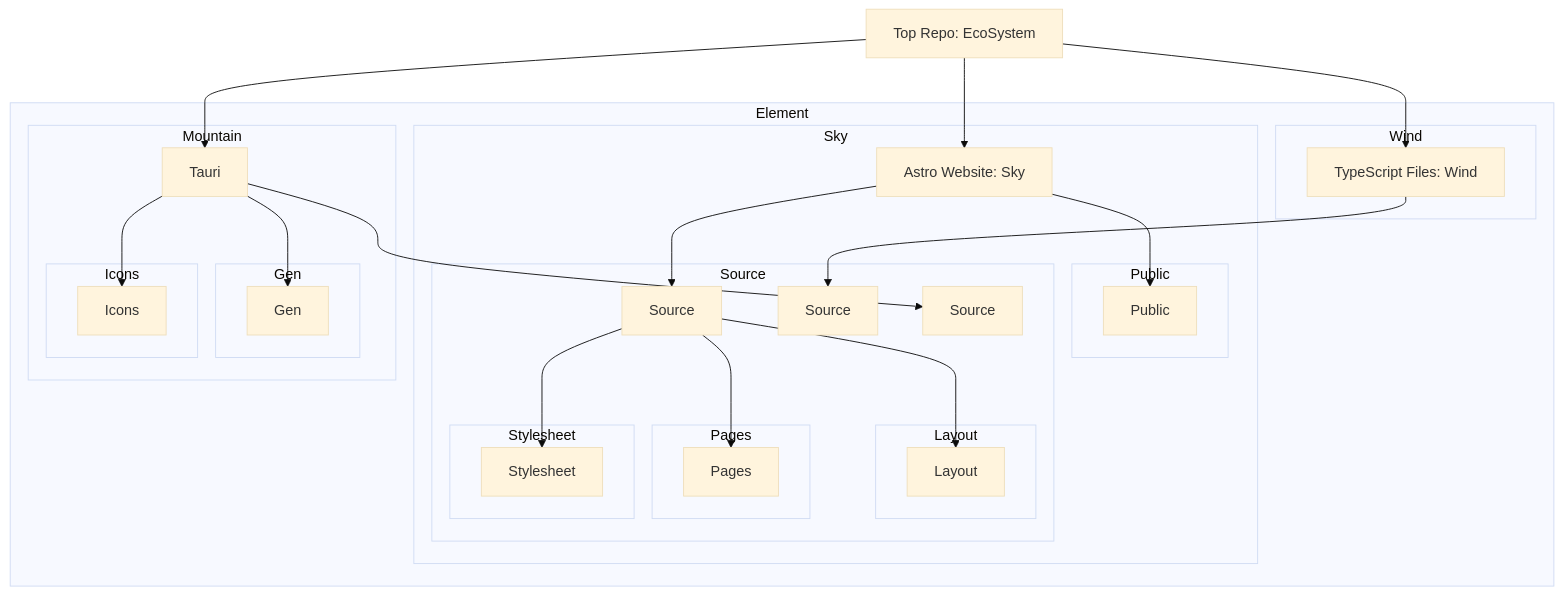
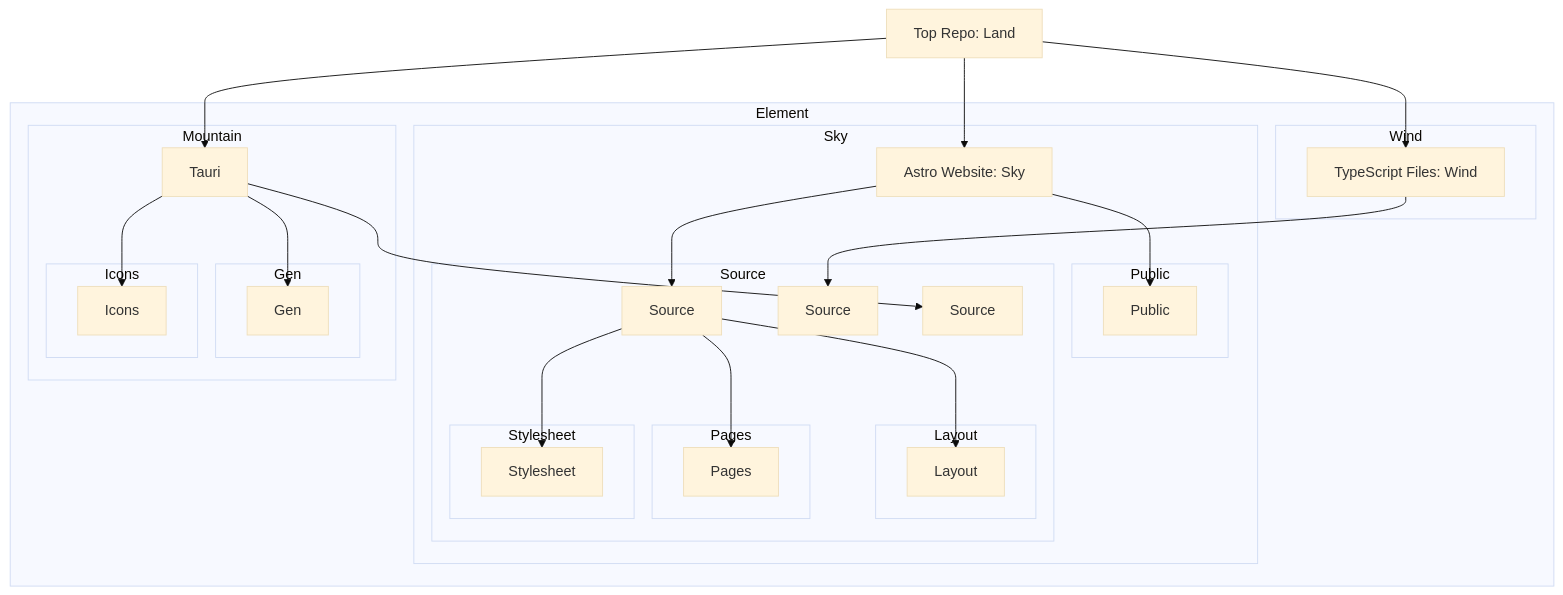
The first of 2 diagrams in Source/pages/Raw/Readme/CodeEditorLand/EcoSystem/README.md (NikolaRHristov/WebSite), drawn with Mermaid (base theme) before and after one commit. The commit also changed other lines of this file and 7 other files, not shown here.

````diff
--- a/Source/pages/Raw/Readme/CodeEditorLand/EcoSystem/README.md
+++ b/Source/pages/Raw/Readme/CodeEditorLand/EcoSystem/README.md
@@ -50,58 +50,58 @@
 ```mermaid
 graph TD
-    A[Top Repo: EcoSystem]
+    A[Top Repo: Land]
 
     subgraph Element
         subgraph Sky
             D[Astro Website: Sky]
             subgraph Public
                 D3[Public]
             end
             subgraph Source
                 D4[Source]
                 subgraph Layout
                     D5[Layout]
                 end
                 subgraph Pages
                     D6[Pages]
                 end
                 subgraph Stylesheet
                     D7[Stylesheet]
                 end
             end
         end
 
         subgraph Wind
             F[TypeScript Files: Wind]
             subgraph Source
                 F3[Source]
             end
         end
 
         subgraph Mountain
             G[Tauri]
             subgraph Gen
                 G3[Gen]
             end
             subgraph Icons
                 G4[Icons]
             end
             subgraph Source
                 G5[Source]
             end
         end
     end
 
     A --> D
     A --> F
     A --> G
     D --> D3
     D --> D4
     D4 --> D5
     D4 --> D6
     D4 --> D7
     F --> F3
     G --> G3
     G --> G4
     G --> G5
 ```
````
